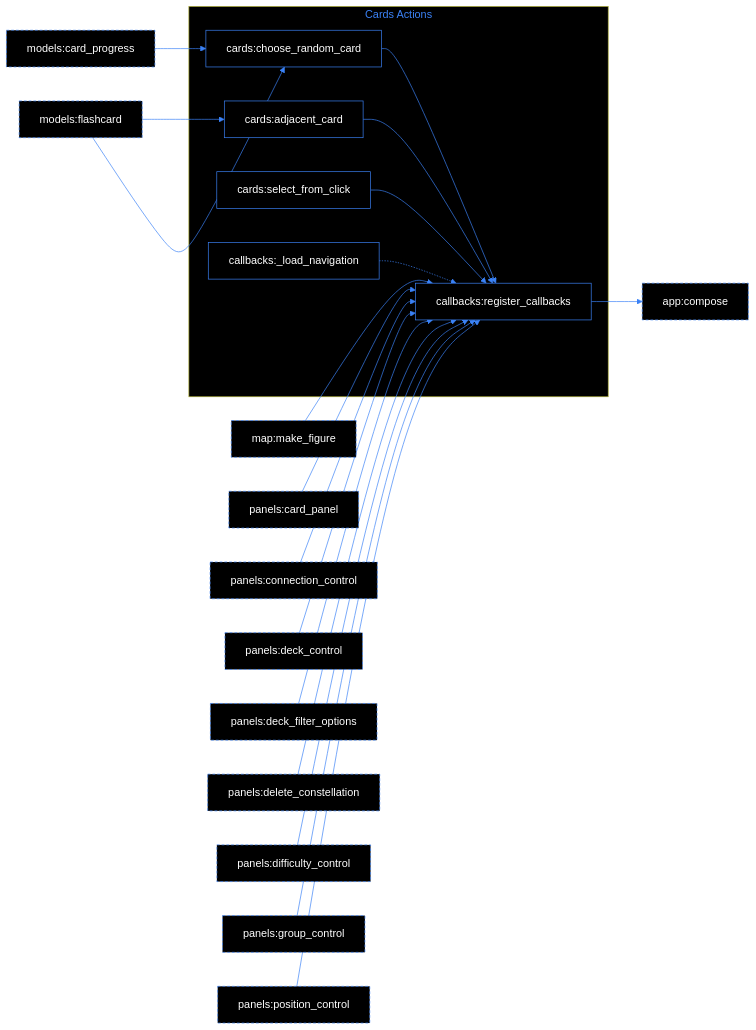
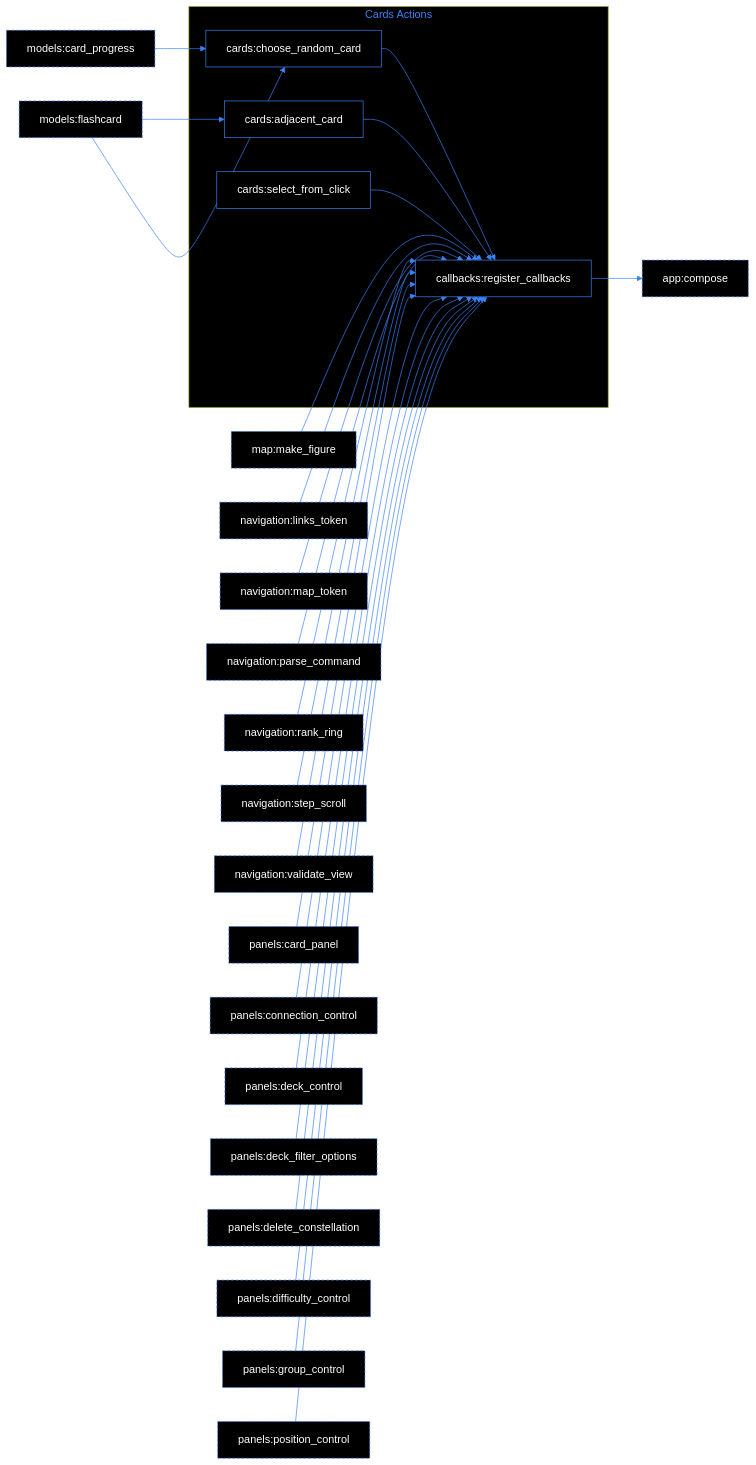
The ninth of 11 diagrams in INDEX.md (ArtjomAdamow/Fennelkernel-flashcards), drawn with Mermaid before and after one commit. The commit also changed other lines of this file and 10 other files, not shown here.

````diff
--- a/INDEX.md
+++ b/INDEX.md
@@ -805,46 +1067,56 @@
 ```mermaid
 graph LR
     %% arrow A --> B: B uses A; dashed = component of another section
     %% dashed arrow A -.-> B: transitive relation (data flow through module-level variables)
     classDef ext stroke: #3b82f6,stroke-dasharray: 4 3
     linkStyle default stroke: #3b82f6, color: #3b82f6
     classDef default fill: #000000ff, stroke: #3b82f6, color: #ffffffff
 
-    subgraph sg_section_6["Cards Actions"]
+    subgraph sg_section_7["Cards Actions"]
         n_callbacks_register_callbacks["callbacks:register_callbacks"]
         n_cards_choose_random_card["cards:choose_random_card"]
         n_cards_adjacent_card["cards:adjacent_card"]
         n_cards_select_from_click["cards:select_from_click"]
-        n_callbacks__load_navigation["callbacks:_load_navigation"]
     end
-    style sg_section_6 color: #3b82f6, fill: #000000ff
+    style sg_section_7 color: #3b82f6, fill: #000000ff
     n_app_compose["app:compose"]:::ext
     n_map_make_figure["map:make_figure"]:::ext
     n_models_card_progress["models:card_progress"]:::ext
     n_models_flashcard["models:flashcard"]:::ext
+    n_navigation_links_token["navigation:links_token"]:::ext
+    n_navigation_map_token["navigation:map_token"]:::ext
+    n_navigation_parse_command["navigation:parse_command"]:::ext
+    n_navigation_rank_ring["navigation:rank_ring"]:::ext
+    n_navigation_step_scroll["navigation:step_scroll"]:::ext
+    n_navigation_validate_view["navigation:validate_view"]:::ext
     n_panels_card_panel["panels:card_panel"]:::ext
     n_panels_connection_control["panels:connection_control"]:::ext
     n_panels_deck_control["panels:deck_control"]:::ext
     n_panels_deck_filter_options["panels:deck_filter_options"]:::ext
     n_panels_delete_constellation["panels:delete_constellation"]:::ext
     n_panels_difficulty_control["panels:difficulty_control"]:::ext
     n_panels_group_control["panels:group_control"]:::ext
     n_panels_position_control["panels:position_control"]:::ext
     n_callbacks_register_callbacks --> n_app_compose
     n_cards_adjacent_card --> n_callbacks_register_callbacks
     n_cards_choose_random_card --> n_callbacks_register_callbacks
     n_cards_select_from_click --> n_callbacks_register_callbacks
     n_map_make_figure --> n_callbacks_register_callbacks
     n_models_card_progress --> n_cards_choose_random_card
     n_models_flashcard --> n_cards_adjacent_card
     n_models_flashcard --> n_cards_choose_random_card
+    n_navigation_links_token --> n_callbacks_register_callbacks
+    n_navigation_map_token --> n_callbacks_register_callbacks
+    n_navigation_parse_command --> n_callbacks_register_callbacks
+    n_navigation_rank_ring --> n_callbacks_register_callbacks
+    n_navigation_step_scroll --> n_callbacks_register_callbacks
+    n_navigation_validate_view --> n_callbacks_register_callbacks
     n_panels_card_panel --> n_callbacks_register_callbacks
     n_panels_connection_control --> n_callbacks_register_callbacks
     n_panels_deck_control --> n_callbacks_register_callbacks
     n_panels_deck_filter_options --> n_callbacks_register_callbacks
     n_panels_delete_constellation --> n_callbacks_register_callbacks
     n_panels_difficulty_control --> n_callbacks_register_callbacks
     n_panels_group_control --> n_callbacks_register_callbacks
     n_panels_position_control --> n_callbacks_register_callbacks
-    n_callbacks__load_navigation -.-> n_callbacks_register_callbacks
 ```
````
